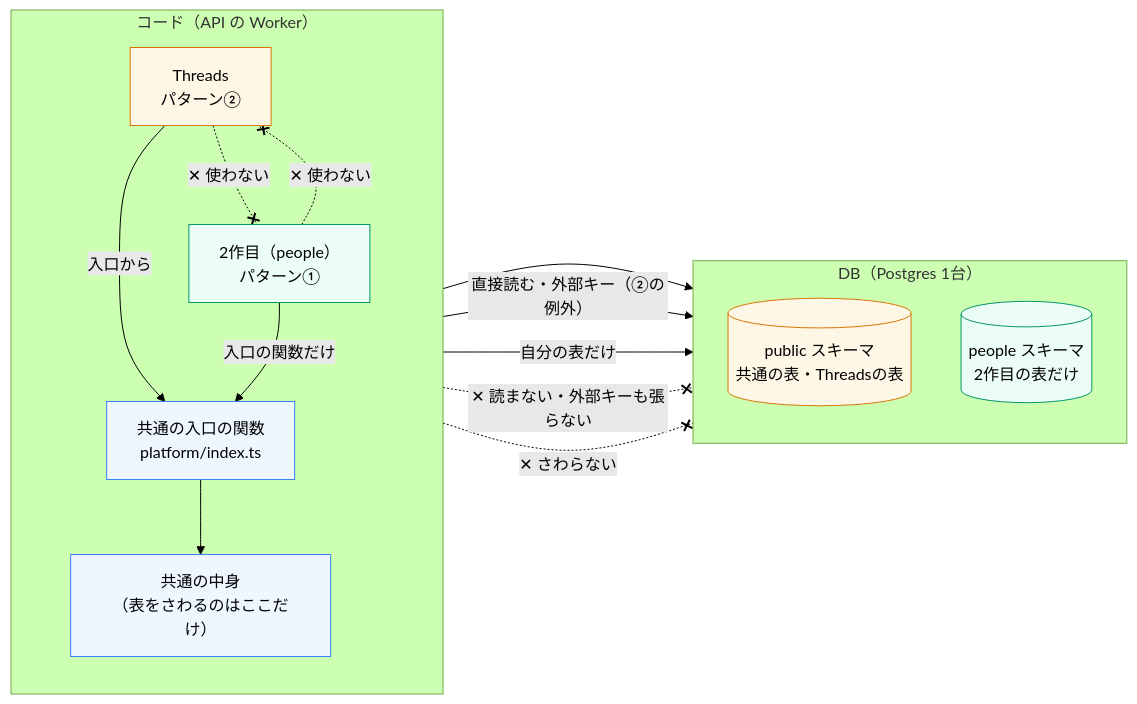
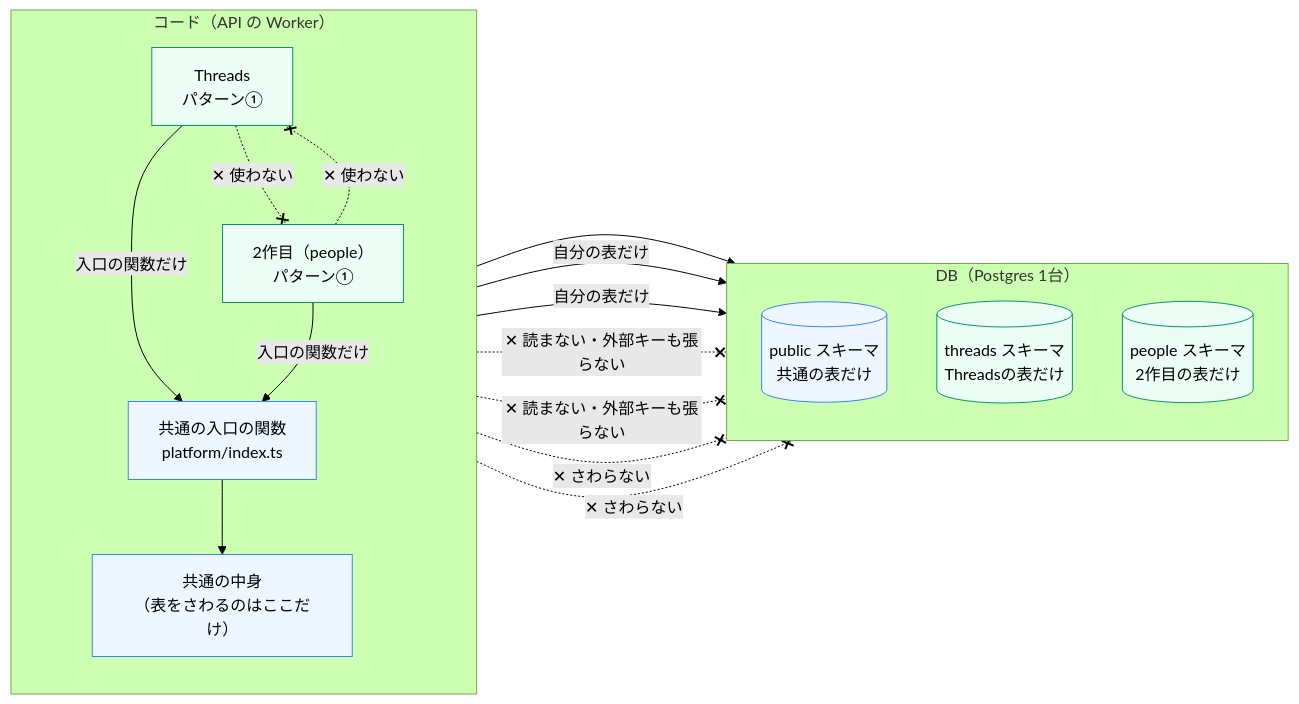
Before and after one commit to takumi-okuya-dev/meguru-app: the first of 5 diagrams in docs/app-separation.md, drawn with Mermaid (forest theme). The commit also changed other lines of this file and 7 other files, not shown here.

````diff
--- a/docs/app-separation.md
+++ b/docs/app-separation.md
@@ -36,34 +36,35 @@
 ```mermaid
 flowchart LR
   subgraph code["コード（API の Worker）"]
     direction TB
-    th["Threads<br/>パターン②"]
+    th["Threads<br/>パターン①"]
     mm["2作目（people）<br/>パターン①"]
     pfe["共通の入口の関数<br/>platform/index.ts"]
     pfi["共通の中身<br/>（表をさわるのはここだけ）"]
   end
   subgraph db["DB（Postgres 1台）"]
     direction TB
-    pub[("public スキーマ<br/>共通の表・Threadsの表")]
+    pub[("public スキーマ<br/>共通の表だけ")]
+    ts[("threads スキーマ<br/>Threadsの表だけ")]
     ms[("people スキーマ<br/>2作目の表だけ")]
   end
 
-  th -- "入口から" --> pfe
+  th -- "入口の関数だけ" --> pfe
   mm -- "入口の関数だけ" --> pfe
   pfe --> pfi
   pfi --> pub
-  th -- "直接読む・外部キー（②の例外）" --> pub
+  th -- "自分の表だけ" --> ts
   mm -- "自分の表だけ" --> ms
 
+  th -. "✕ 読まない・外部キーも張らない" .-x pub
   mm -. "✕ 読まない・外部キーも張らない" .-x pub
   mm -. "✕ 使わない" .-x th
   th -. "✕ 使わない" .-x mm
   th -. "✕ さわらない" .-x ms
+  mm -. "✕ さわらない" .-x ts
 
-  classDef p2 fill:#fff7e6,stroke:#d97706
   classDef p1 fill:#ecfdf5,stroke:#059669
   classDef common fill:#eef6ff,stroke:#3b82f6
-  class th,pub p2
-  class mm,ms p1
-  class pfe,pfi common
+  class th,mm,ts,ms p1
+  class pfe,pfi,pub common
 ```
````
